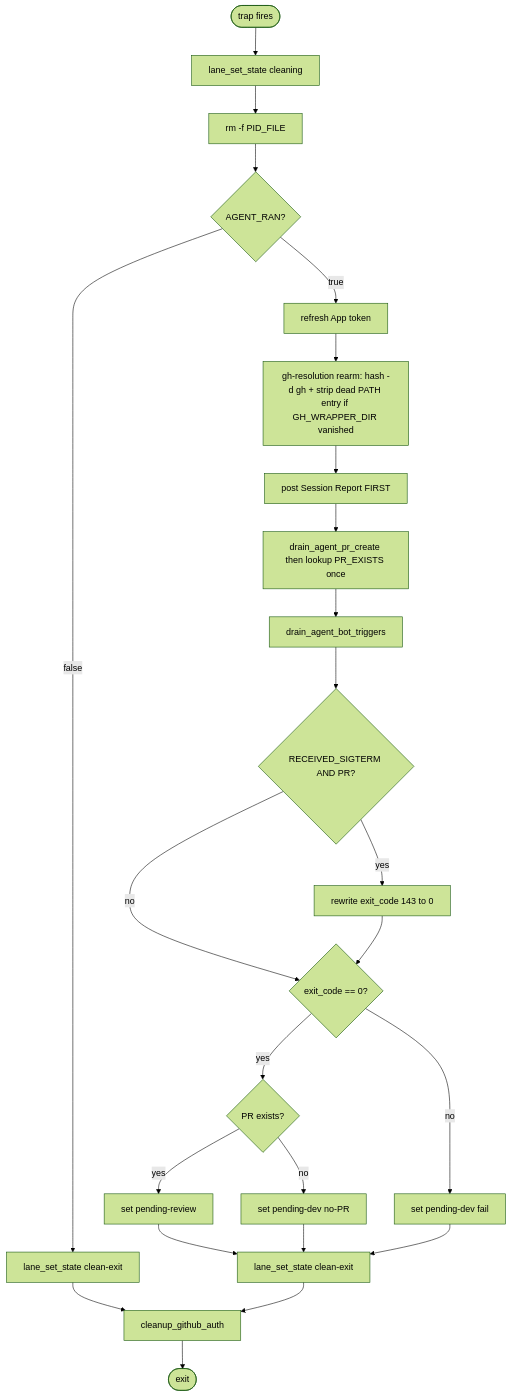
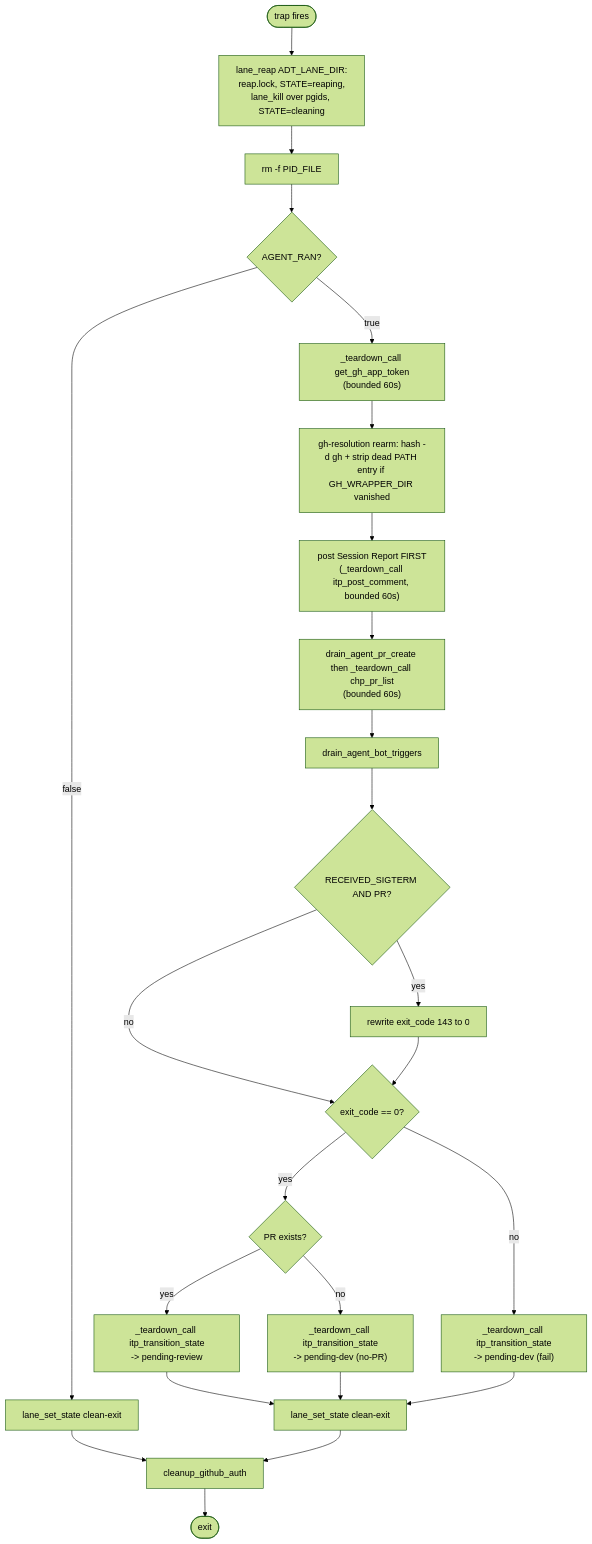
Before and after one commit to zxkane/autonomous-dev-team: the second of 2 diagrams in docs/pipeline/dev-agent-flow.md, drawn with Mermaid (forest theme). The commit also changed other lines of this file and 24 other files, not shown here.

First line of the commit message:
feat(pipeline): Lane-GC PR-3 — kill-path hardening, INV-111/INV-112 (#405)

````diff
--- a/docs/pipeline/dev-agent-flow.md
+++ b/docs/pipeline/dev-agent-flow.md
@@ -277,30 +279,30 @@
 ```mermaid
 flowchart TD
-    enter([trap fires]) --> lane_cleaning[lane_set_state cleaning]
-    lane_cleaning --> rm_pid[rm -f PID_FILE]
+    enter([trap fires]) --> lane_reap[lane_reap ADT_LANE_DIR:<br/>reap.lock, STATE=reaping,<br/>lane_kill over pgids, STATE=cleaning]
+    lane_reap --> rm_pid[rm -f PID_FILE]
     rm_pid --> ran{AGENT_RAN?}
     ran -- false --> lane_clean1[lane_set_state clean-exit]
     lane_clean1 --> auth_done[cleanup_github_auth]
     auth_done --> done([exit])
 
-    ran -- true --> refresh[refresh App token]
+    ran -- true --> refresh["_teardown_call get_gh_app_token<br/>(bounded 60s)"]
     refresh --> gh_rearm[gh-resolution rearm: hash -d gh + strip dead PATH entry if GH_WRAPPER_DIR vanished]
-    gh_rearm --> session_report[post Session Report FIRST]
-    session_report --> pr_lookup[drain_agent_pr_create then lookup PR_EXISTS once]
+    gh_rearm --> session_report["post Session Report FIRST<br/>(_teardown_call itp_post_comment, bounded 60s)"]
+    session_report --> pr_lookup["drain_agent_pr_create then _teardown_call chp_pr_list<br/>(bounded 60s)"]
     pr_lookup --> bot_broker[drain_agent_bot_triggers]
     bot_broker --> sigterm_check{RECEIVED_SIGTERM AND PR?}
     sigterm_check -- yes --> rewrite[rewrite exit_code 143 to 0]
     sigterm_check -- no --> exit_branch
     rewrite --> exit_branch{exit_code == 0?}
 
     exit_branch -- yes --> pr_check{PR exists?}
-    pr_check -- yes --> to_review[set pending-review]
-    pr_check -- no --> to_dev_no_pr[set pending-dev no-PR]
+    pr_check -- yes --> to_review["_teardown_call itp_transition_state<br/>-> pending-review"]
+    pr_check -- no --> to_dev_no_pr["_teardown_call itp_transition_state<br/>-> pending-dev (no-PR)"]
 
-    exit_branch -- no --> to_dev_fail[set pending-dev fail]
+    exit_branch -- no --> to_dev_fail["_teardown_call itp_transition_state<br/>-> pending-dev (fail)"]
 
     to_review --> lane_clean2[lane_set_state clean-exit]
     to_dev_no_pr --> lane_clean2
     to_dev_fail --> lane_clean2
     lane_clean2 --> auth_done
 ```
````
